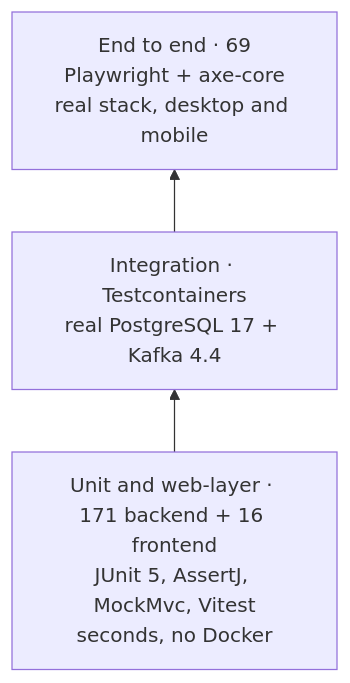
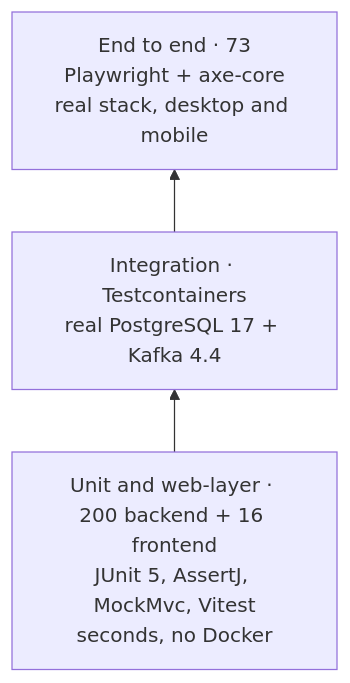
The diagram in docs/features/testing.md (heikaliskandar/chubb-claims-platform), drawn with Mermaid before and after one commit. The commit also changed 48 other files, not shown here.

````diff
--- a/docs/features/testing.md
+++ b/docs/features/testing.md
@@ -5,7 +5,7 @@
 ```mermaid
 flowchart BT
-    U["Unit and web-layer · 171 backend + 16 frontend<br/>JUnit 5, AssertJ, MockMvc, Vitest<br/>seconds, no Docker"]
+    U["Unit and web-layer · 200 backend + 16 frontend<br/>JUnit 5, AssertJ, MockMvc, Vitest<br/>seconds, no Docker"]
     I["Integration · Testcontainers<br/>real PostgreSQL 17 + Kafka 4.4"]
-    E["End to end · 69<br/>Playwright + axe-core<br/>real stack, desktop and mobile"]
+    E["End to end · 73<br/>Playwright + axe-core<br/>real stack, desktop and mobile"]
     U --> I --> E
 ```
````
